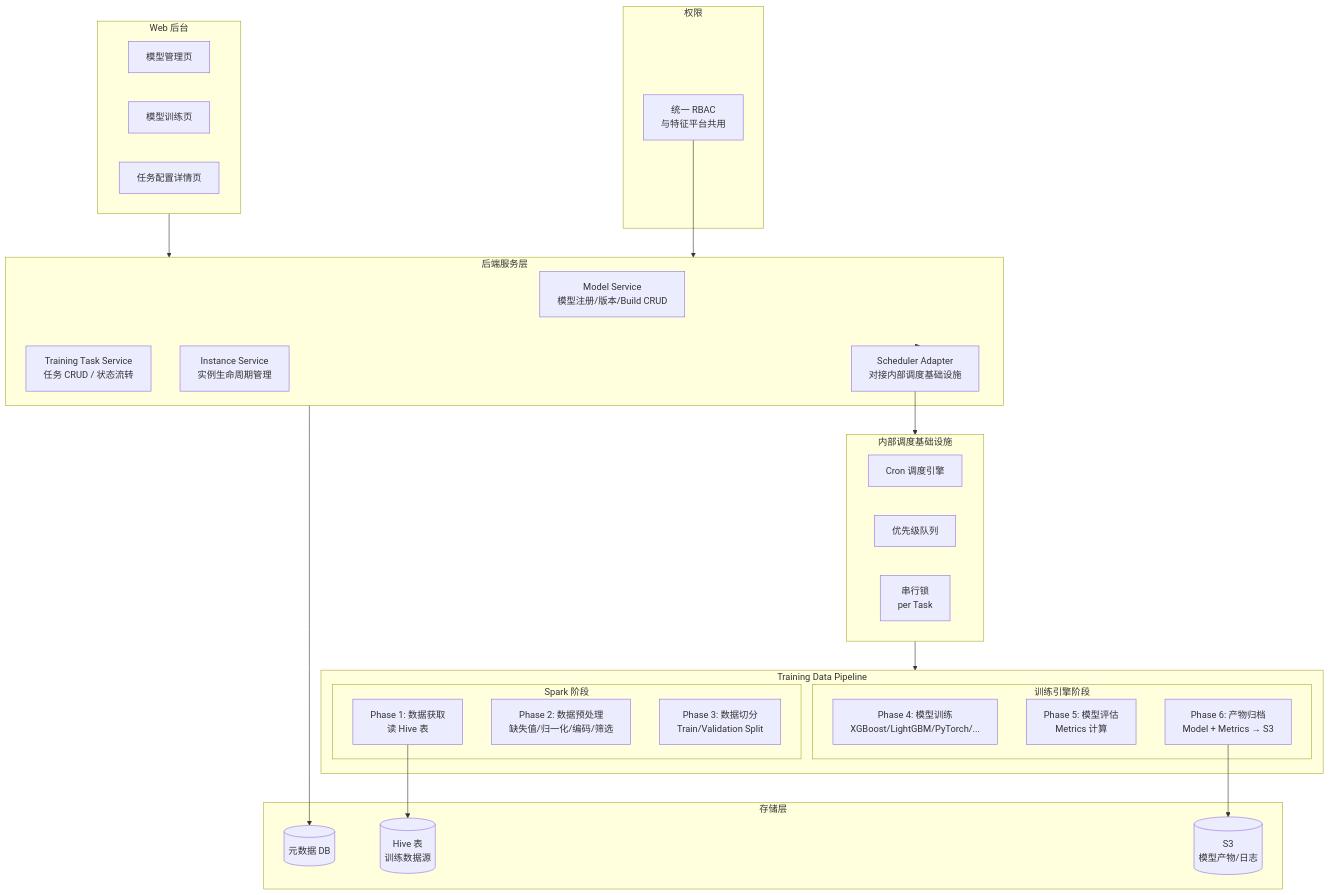
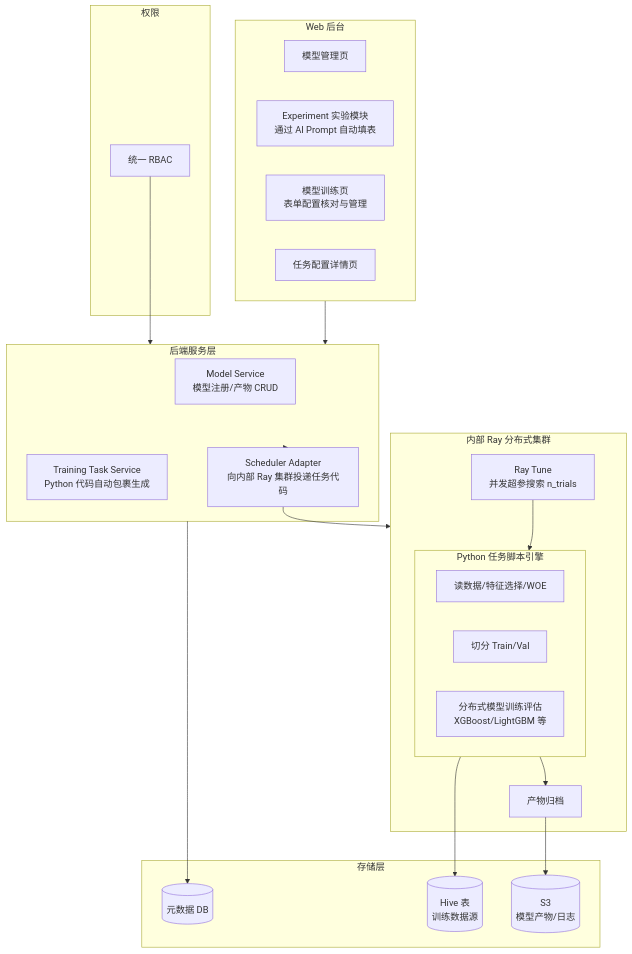
Before and after one commit to Cedric-Chan/ModelExperiment: the first of 7 diagrams in docs/architecture/系统架构说明.md, drawn with Mermaid. The commit also changed other lines of this file and 7 other files, not shown here.

````diff
--- a/docs/architecture/系统架构说明.md
+++ b/docs/architecture/系统架构说明.md
@@ -19,53 +21,44 @@
 ```mermaid
 flowchart TB
     subgraph WebUI [Web 后台]
         ModelMgmt[模型管理页]
-        TrainingMgmt[模型训练页]
+        Experiment[Experiment 实验模块<br/>通过 AI Prompt 自动填表]
+        TrainingMgmt[模型训练页<br/>表单配置核对与管理]
         TaskDetail[任务配置详情页]
     end
 
     subgraph Backend [后端服务层]
-        ModelService[Model Service<br/>模型注册/版本/Build CRUD]
-        TaskService[Training Task Service<br/>任务 CRUD / 状态流转]
-        InstanceService[Instance Service<br/>实例生命周期管理]
-        SchedulerAdapter[Scheduler Adapter<br/>对接内部调度基础设施]
+        ModelService[Model Service<br/>模型注册/产物 CRUD]
+        TaskService[Training Task Service<br/>Python 代码自动包裹生成]
+        SchedulerAdapter[Scheduler Adapter<br/>向内部 Ray 集群投递任务代码]
     end
 
-    subgraph Scheduler [内部调度基础设施]
-        CronEngine[Cron 调度引擎]
-        PriorityQueue[优先级队列]
-        SerialLock[串行锁<br/>per Task]
-    end
-
-    subgraph Pipeline [Training Data Pipeline]
-        subgraph SparkStage [Spark 阶段]
-            DataAcquisition[Phase 1: 数据获取<br/>读 Hive 表]
-            Preprocessing[Phase 2: 数据预处理<br/>缺失值/归一化/编码/筛选]
-            DataSplit[Phase 3: 数据切分<br/>Train/Validation Split]
+    subgraph RayCluster [内部 Ray 分布式集群]
+        RayTune[Ray Tune<br/>并发超参搜索 n_trials]
+        subgraph RayCode [Python 任务脚本引擎]
+            DataPre[读数据/特征选择/WOE]
+            DataSplit[切分 Train/Val]
+            RayTrain[分布式模型训练评估<br/>XGBoost/LightGBM 等]
         end
-        subgraph TrainStage [训练引擎阶段]
-            ModelTraining[Phase 4: 模型训练<br/>XGBoost/LightGBM/PyTorch/...]
-            ModelEval[Phase 5: 模型评估<br/>Metrics 计算]
-            ArtifactStore[Phase 6: 产物归档<br/>Model + Metrics → S3]
-        end
+        RayTune --> RayCode
+        RayCode --> S3Artifact
     end
 
     subgraph Storage [存储层]
         MetaDB[(元数据 DB)]
         HiveTable[(Hive 表<br/>训练数据源)]
         S3Bucket[(S3<br/>模型产物/日志)]
     end
 
     subgraph Auth [权限]
-        RBAC[统一 RBAC<br/>与特征平台共用]
+        RBAC[统一 RBAC]
     end
 
     WebUI --> Backend
     Backend --> MetaDB
     Backend --> SchedulerAdapter
-    SchedulerAdapter --> Scheduler
-    Scheduler --> Pipeline
-    DataAcquisition --> HiveTable
-    ArtifactStore --> S3Bucket
+    SchedulerAdapter --> RayCluster
+    RayCode --> HiveTable
+    S3Artifact[产物归档] --> S3Bucket
     RBAC --> Backend
 ```
````
